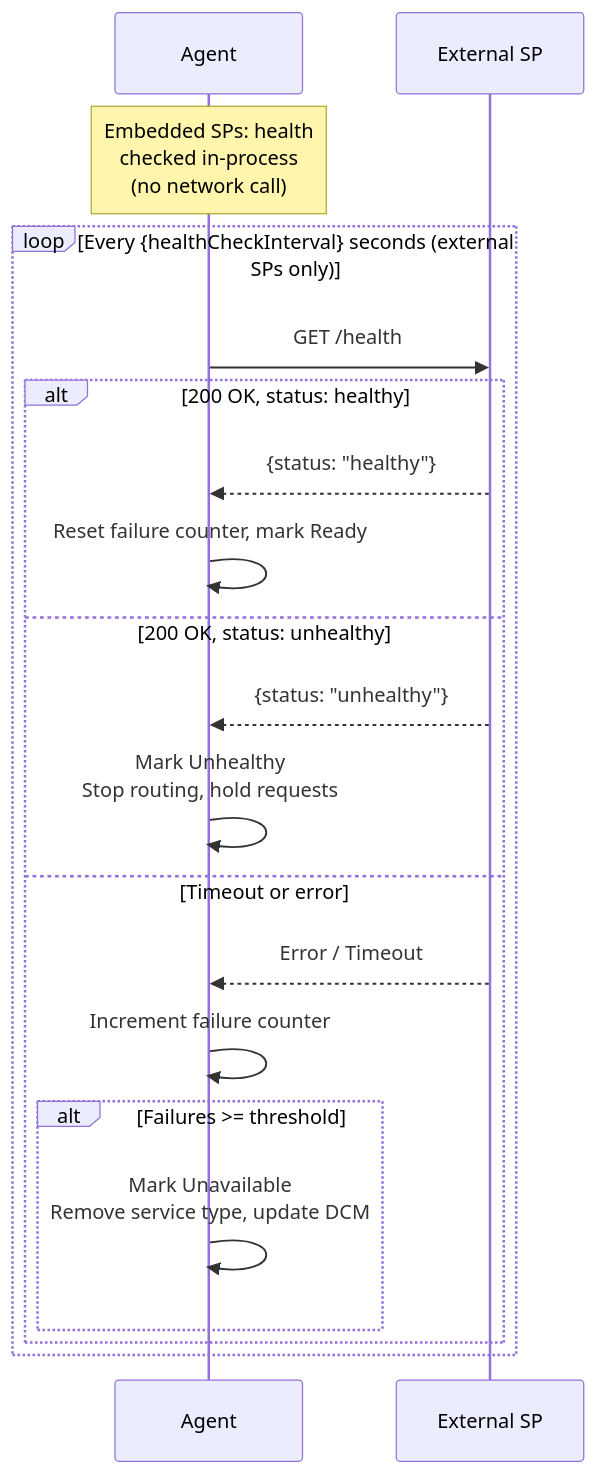
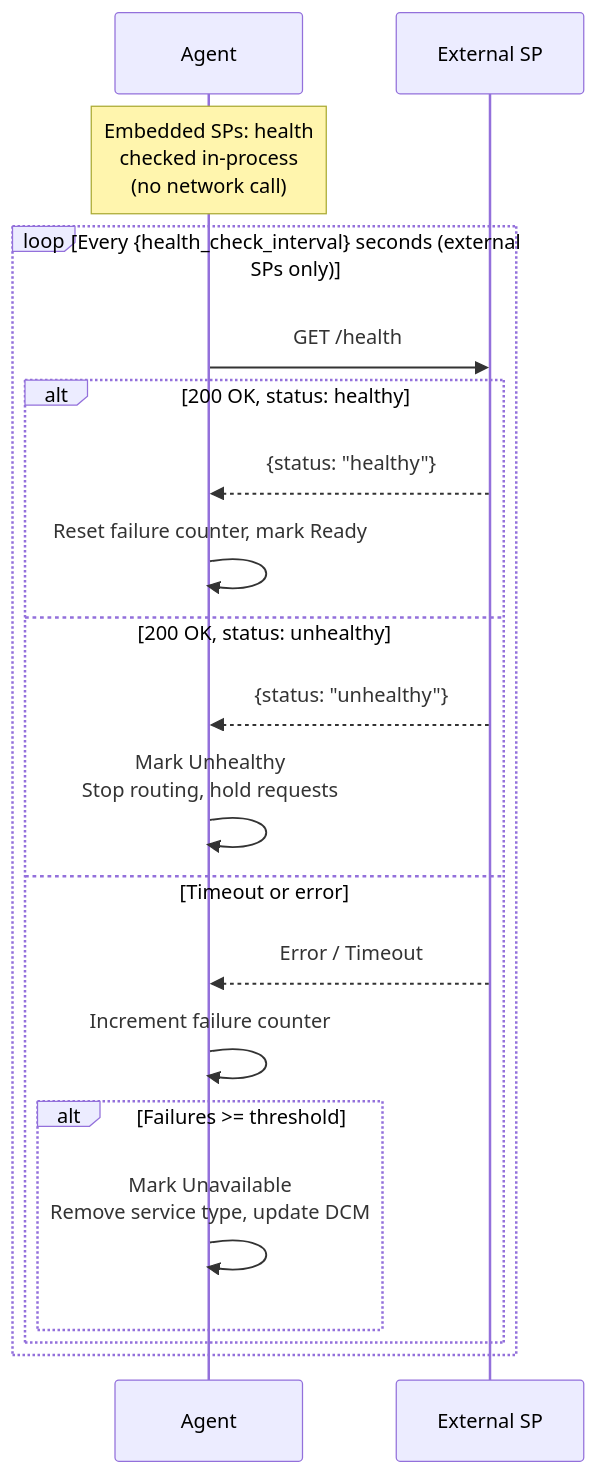
Before and after one commit to dcm-project/enhancements: the tenth of 23 diagrams in enhancements/user-flows/user-flows.md, drawn with Mermaid. The commit also changed other lines of this file and 19 other files, not shown here.

````diff
--- a/enhancements/user-flows/user-flows.md
+++ b/enhancements/user-flows/user-flows.md
@@ -667,24 +667,24 @@
 ```mermaid
 sequenceDiagram
     participant AG as Agent
     participant SP as External SP
 
     Note over AG: Embedded SPs: health<br/>checked in-process<br/>(no network call)
 
-    loop Every {healthCheckInterval} seconds (external SPs only)
+    loop Every {health_check_interval} seconds (external SPs only)
         AG->>SP: GET /health
         alt 200 OK, status: healthy
             SP-->>AG: {status: "healthy"}
             AG->>AG: Reset failure counter, mark Ready
         else 200 OK, status: unhealthy
             SP-->>AG: {status: "unhealthy"}
             AG->>AG: Mark Unhealthy<br/>Stop routing, hold requests
         else Timeout or error
             SP-->>AG: Error / Timeout
             AG->>AG: Increment failure counter
             alt Failures >= threshold
                 AG->>AG: Mark Unavailable<br/>Remove service type, update DCM
             end
         end
     end
 ```
````
